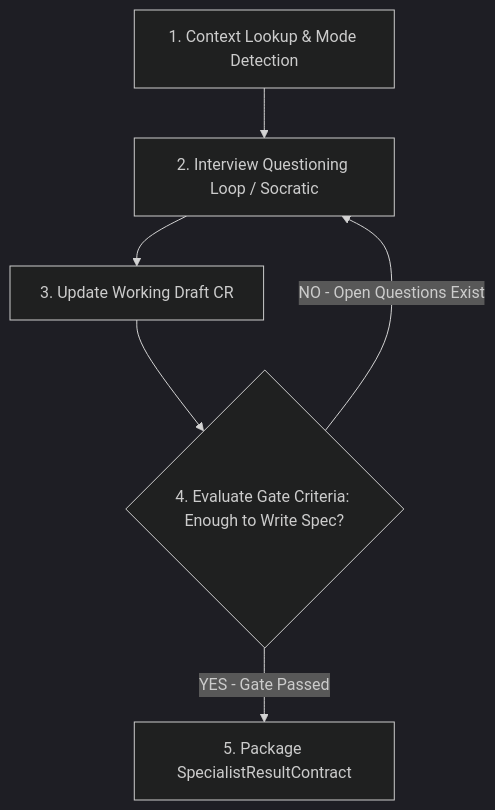
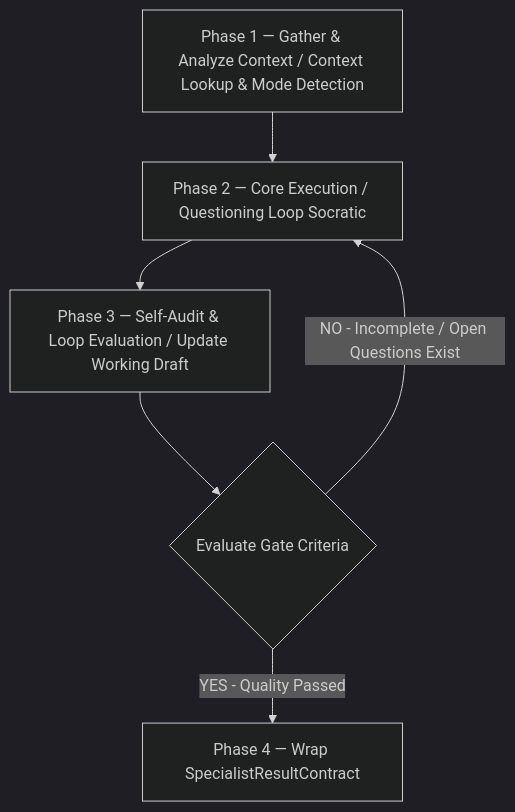
Before and after one commit to Nozs002/Agentic-Work: the diagram in skills/ba/requirements-interview/SKILL.md, drawn with Mermaid (dark theme). The commit also changed other lines of this file and 3 other files, not shown here.

````diff
--- a/skills/ba/requirements-interview/SKILL.md
+++ b/skills/ba/requirements-interview/SKILL.md
@@ -75,8 +82,8 @@
 ```mermaid
 flowchart TD
-    Step1[1. Context Lookup & Mode Detection] --> Step2[2. Interview Questioning Loop / Socratic]
-    Step2 --> Step3[3. Update Working Draft CR]
-    Step3 --> Step4{4. Evaluate Gate Criteria: Enough to Write Spec?}
-    Step4 -->|NO - Open Questions Exist| Step2
-    Step4 -->|YES - Gate Passed| Step5[5. Package SpecialistResultContract]
+    P1[Phase 1 — Gather & Analyze Context / Context Lookup & Mode Detection] --> P2[Phase 2 — Core Execution / Questioning Loop Socratic]
+    P2 --> P3[Phase 3 — Self-Audit & Loop Evaluation / Update Working Draft]
+    P3 --> P4{Evaluate Gate Criteria}
+    P4 -->|NO - Incomplete / Open Questions Exist| P2
+    P4 -->|YES - Quality Passed| P5[Phase 4 — Wrap SpecialistResultContract]
 ```
````
